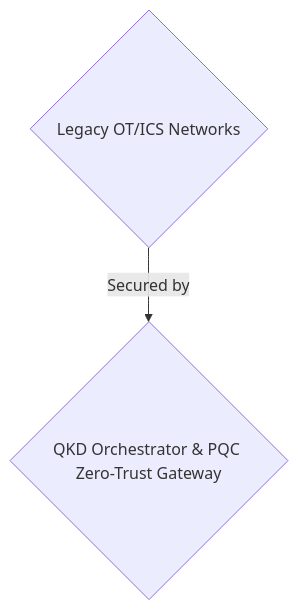
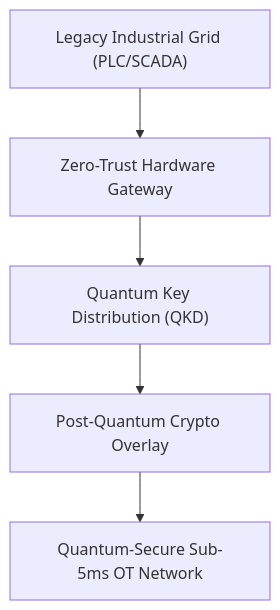
Before and after one commit to flouzzy/top-100-ai-startup-ideas: the first of 2 diagrams in archive/qkd-ot-network/README.md, drawn with Mermaid. The commit also changed other lines of this file and 56 other files, not shown here.

````diff
--- a/archive/qkd-ot-network/README.md
+++ b/archive/qkd-ot-network/README.md
@@ -17,4 +17,7 @@
 ```mermaid
 graph TD
-    A{"Legacy OT/ICS Networks"} -->|"Secured by"| B{"QKD Orchestrator & PQC Zero-Trust Gateway"}
+    A["Legacy Industrial Grid (PLC/SCADA)"] --> B["Zero-Trust Hardware Gateway"]
+    B --> C["Quantum Key Distribution (QKD)"]
+    C --> D["Post-Quantum Crypto Overlay"]
+    D --> E["Quantum-Secure Sub-5ms OT Network"]
 ```
````
